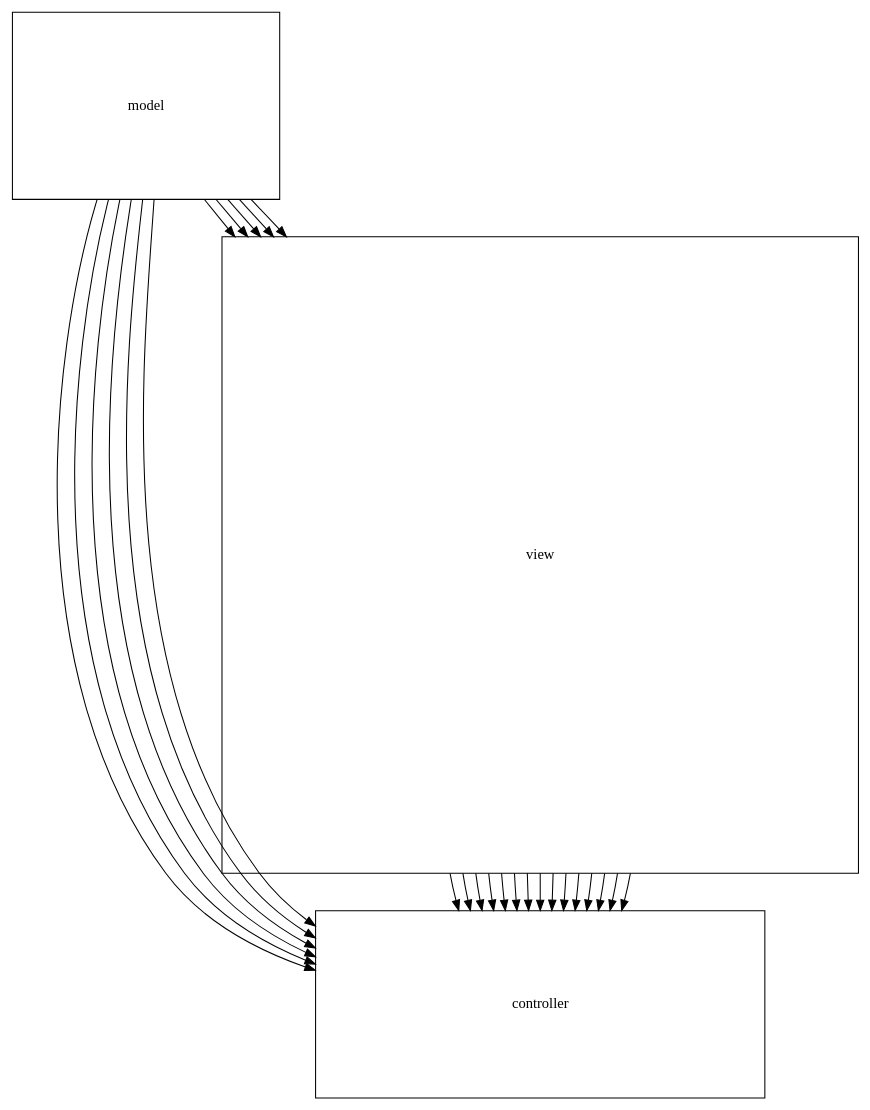
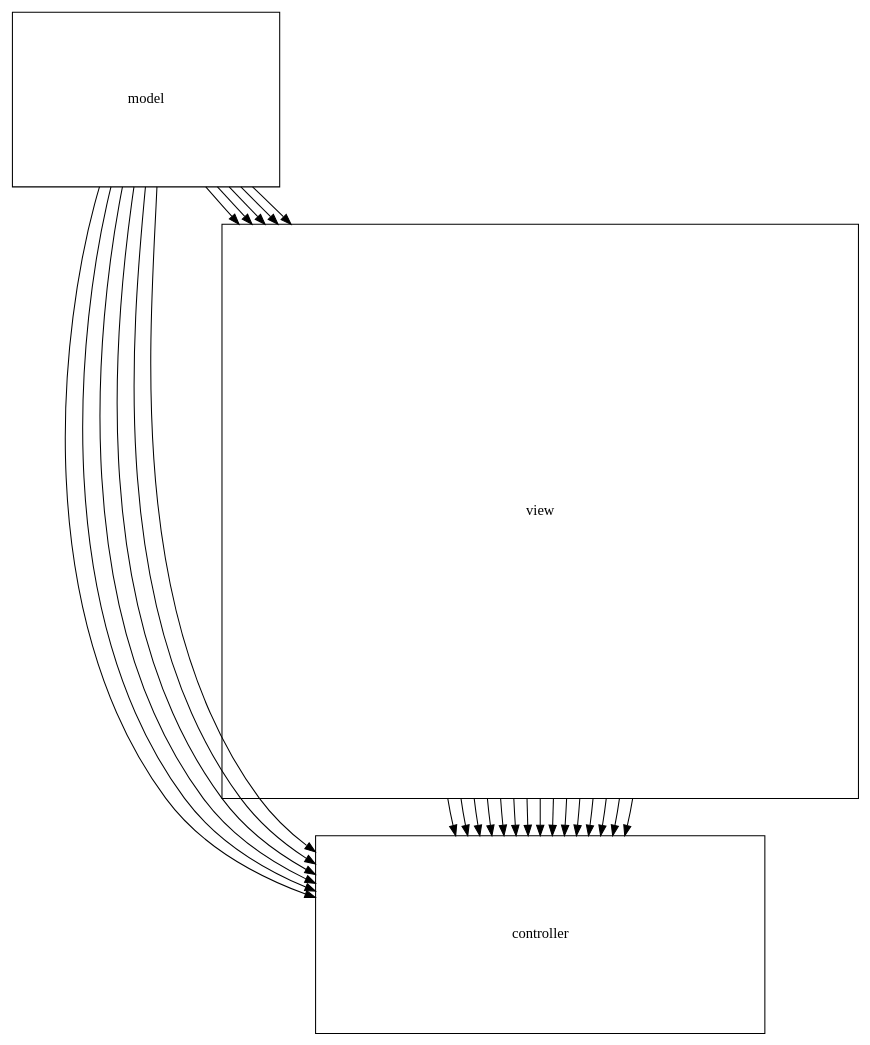
Before and after one commit to stefanrinderle/SoftViz3D: the diagram in protected/runtime/temp.dot, drawn with Graphviz. The commit also changed 7 other files, not shown here.

```diff
--- a/protected/runtime/temp.dot
+++ b/protected/runtime/temp.dot
@@ -1,31 +1,31 @@
 digraph G {
-    controller [ shape=rectangle,width=6,height=2.5,fixedsize=true,type="node" ];
-    view [ shape=rectangle,width=8.5,height=8.5,fixedsize=true,type="node" ];
-    model [ shape=rectangle,width=3.56666666667,height=2.5,fixedsize=true,type="node" ];
+    controller [ shape=rectangle,width=6,height=2.63888888889,fixedsize=true,type="node" ];
+    view [ shape=rectangle,width=8.5,height=7.66666666667,fixedsize=true,type="node" ];
+    model [ shape=rectangle,width=3.56430555556,height=2.33333333333,fixedsize=true,type="node" ];
     view -> controller;
     view -> controller;
     view -> controller;
     view -> controller;
     view -> controller;
     view -> controller;
     view -> controller;
     view -> controller;
     view -> controller;
     view -> controller;
     view -> controller;
     view -> controller;
     view -> controller;
     view -> controller;
     view -> controller;
     model -> controller;
     model -> controller;
     model -> controller;
     model -> controller;
     model -> controller;
     model -> controller;
     model -> view;
     model -> view;
     model -> view;
     model -> view;
     model -> view;
 }
```
